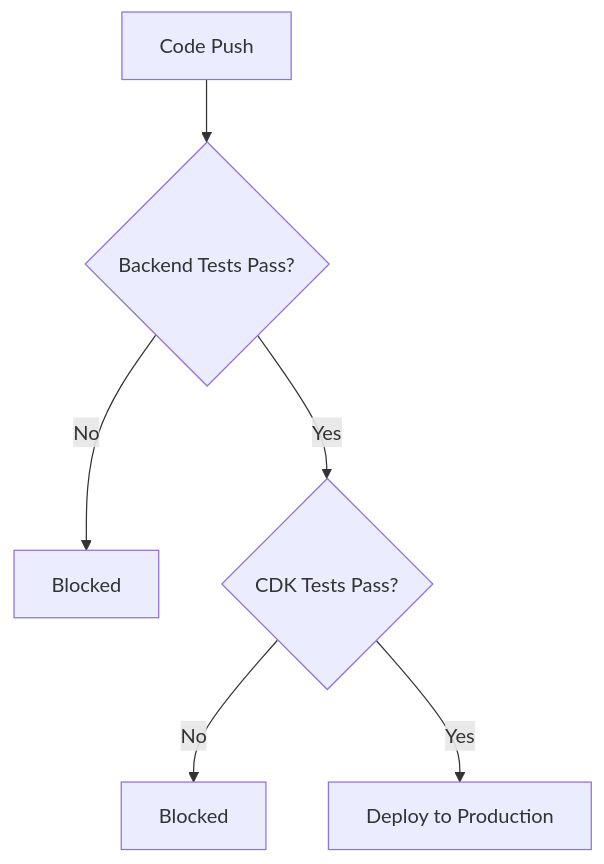
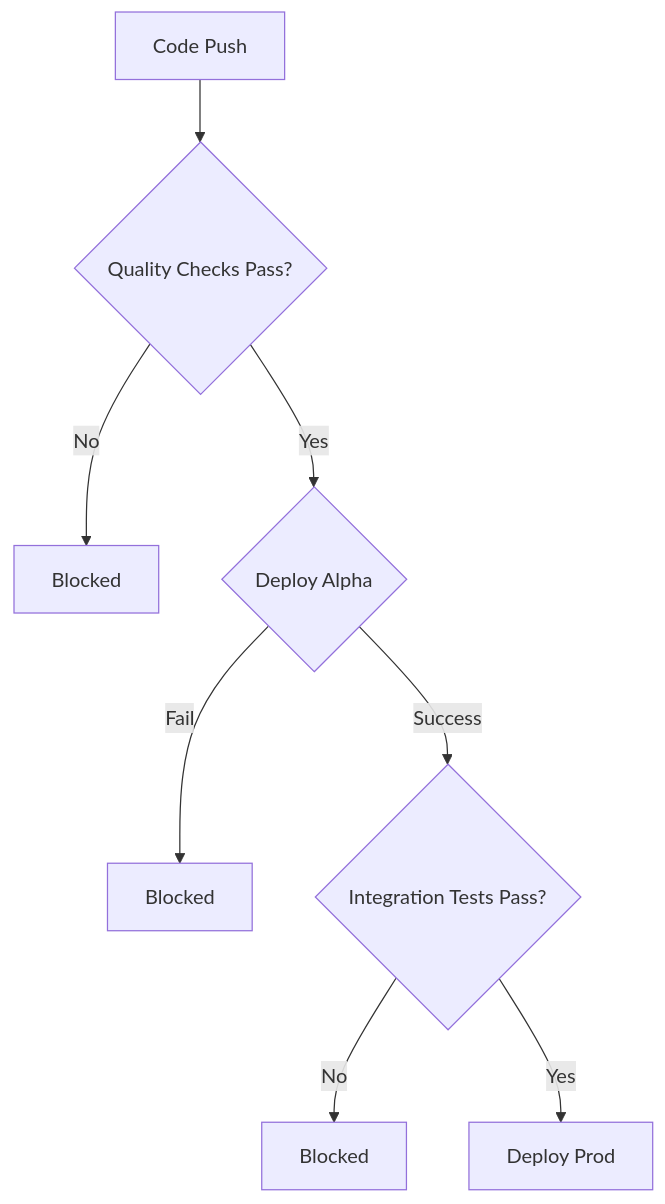
One commit to Aadil221/EPAFinalProject changed the fourth of 4 diagrams in docs/PIPELINE.md. Above: the diagram before and after it, drawn with Mermaid. The commit also changed other lines of this file and 1 other file, not shown here.

Commit message:
fix: update pipeline docs to reflect Alpha + Prod deployment stages

````diff
--- a/docs/PIPELINE.md
+++ b/docs/PIPELINE.md
@@ -76,8 +86,10 @@
 ```mermaid
 graph TD
-    A[Code Push] --> B{Backend Tests Pass?}
+    A[Code Push] --> B{Quality Checks Pass?}
     B -->|No| X1[Blocked]
-    B -->|Yes| C{CDK Tests Pass?}
-    C -->|No| X2[Blocked]
-    C -->|Yes| F[Deploy to Production]
+    B -->|Yes| C{Deploy Alpha}
+    C -->|Fail| X2[Blocked]
+    C -->|Success| D{Integration Tests Pass?}
+    D -->|No| X3[Blocked]
+    D -->|Yes| E[Deploy Prod]
 ```
````
